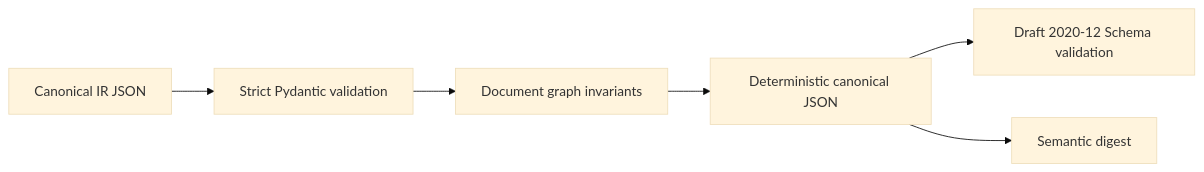
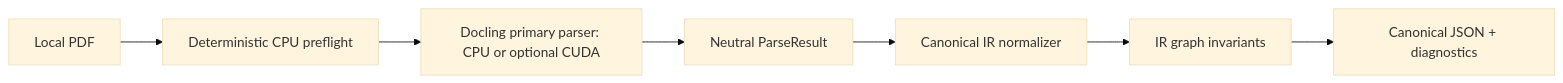
One commit to Dadada66666/RAG changed the second of 2 diagrams in README.md. Above: the diagram before and after it, drawn with Mermaid (base theme). The commit also changed other lines of this file and 62 other files, not shown here.

````diff
--- a/README.md
+++ b/README.md
@@ -57,8 +66,9 @@
 ```mermaid
 flowchart LR
-    A["Canonical IR JSON"] --> B["Strict Pydantic validation"]
-    B --> C["Document graph invariants"]
-    C --> D["Deterministic canonical JSON"]
-    D --> E["Draft 2020-12 Schema validation"]
-    D --> F["Semantic digest"]
+    A["Local PDF"] --> B["Deterministic CPU preflight"]
+    B --> C["Docling primary parser: CPU or optional CUDA"]
+    C --> D["Neutral ParseResult"]
+    D --> E["Canonical IR normalizer"]
+    E --> F["IR graph invariants"]
+    F --> G["Canonical JSON + diagnostics"]
 ```
````
